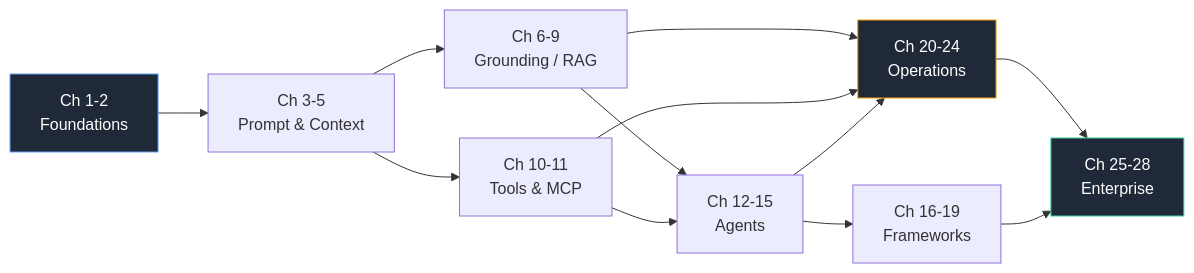
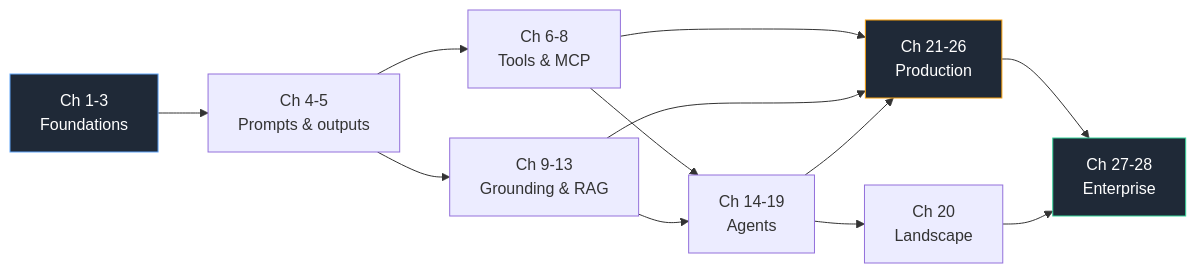
The second of 2 diagrams in README.md (mohakhan03uk/enterprise-ai-engineering-playbook), drawn with Mermaid before and after one commit. The commit also changed other lines of this file and 11 other files, not shown here.

````diff
--- a/README.md
+++ b/README.md
@@ -154,18 +168,18 @@
 ```mermaid
 flowchart LR
-    A["Ch 1-2<br/>Foundations"] --> B["Ch 3-5<br/>Prompt &amp; Context"]
-    B --> C["Ch 6-9<br/>Grounding / RAG"]
-    B --> D["Ch 10-11<br/>Tools &amp; MCP"]
-    C --> E["Ch 12-15<br/>Agents"]
+    A["Ch 1-3<br/>Foundations"] --> B["Ch 4-5<br/>Prompts &amp; outputs"]
+    B --> C["Ch 6-8<br/>Tools &amp; MCP"]
+    B --> D["Ch 9-13<br/>Grounding &amp; RAG"]
+    C --> E["Ch 14-19<br/>Agents"]
     D --> E
-    E --> F["Ch 16-19<br/>Frameworks"]
-    C --> G["Ch 20-24<br/>Operations"]
+    E --> F["Ch 20<br/>Landscape"]
+    C --> G["Ch 21-26<br/>Production"]
     D --> G
     E --> G
-    G --> H["Ch 25-28<br/>Enterprise"]
+    G --> H["Ch 27-28<br/>Enterprise"]
     F --> H
 
     style A fill:#1f2937,stroke:#60a5fa,color:#fff
     style G fill:#1f2937,stroke:#f59e0b,color:#fff
     style H fill:#1f2937,stroke:#34d399,color:#fff
 ```
````
